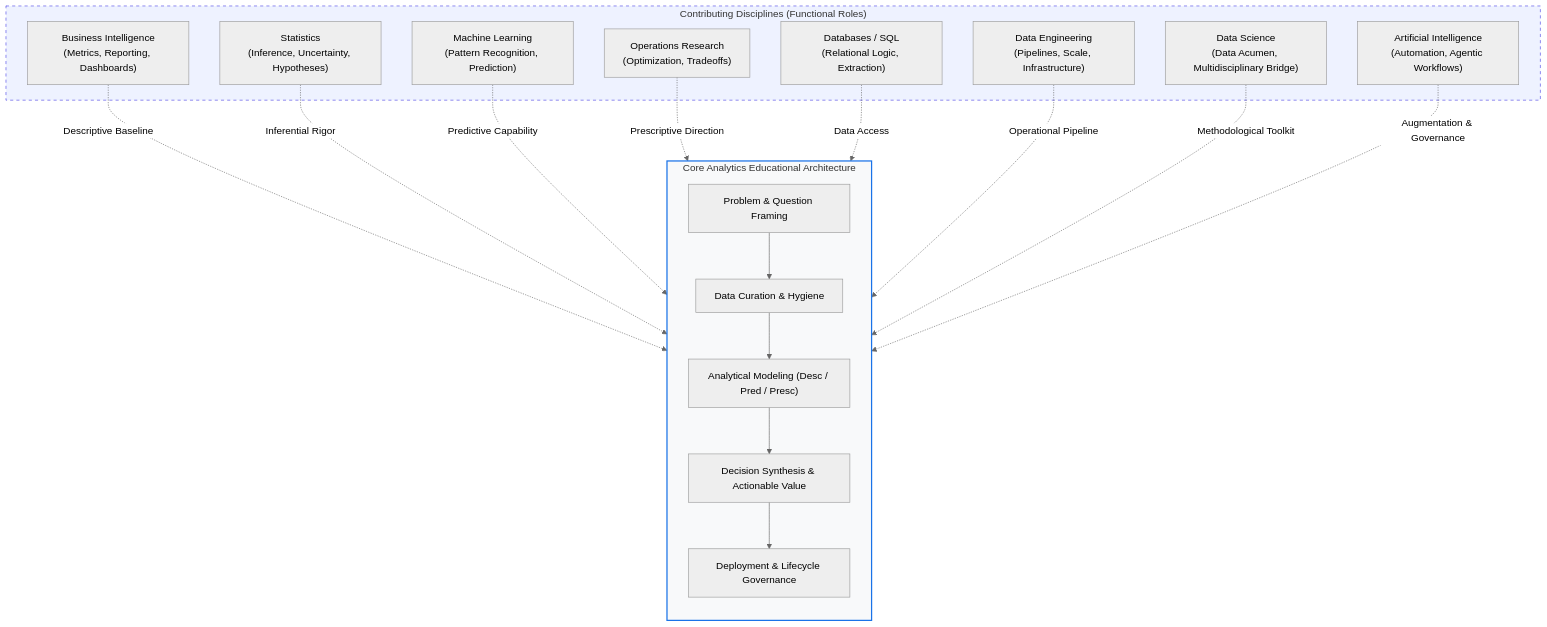
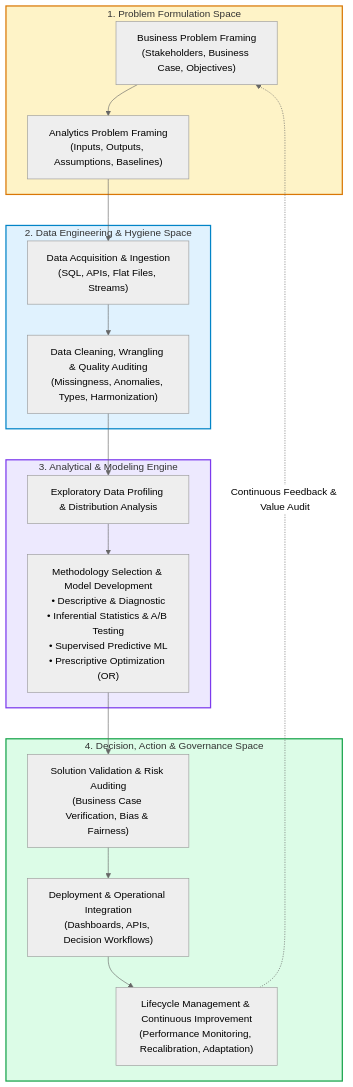
One commit to jdvelasq/classroom-vibecoding changed the first of 7 diagrams in design/synthesis/s03-synthesis-gemini.md. Above: the diagram before and after it, drawn with Mermaid (neutral theme). The commit also changed other lines of this file and 3 other files, not shown here.

````diff
--- a/design/synthesis/s03-synthesis-gemini.md
+++ b/design/synthesis/s03-synthesis-gemini.md
@@ -121,24 +102,29 @@
 ```mermaid
 flowchart TD
-    subgraph AnalyticsCore ["Core Analytics Educational Architecture"]
-        direction TB
-        F1["Problem & Question Framing"] --> F2["Data Curation & Hygiene"]
-        F2 --> F3["Analytical Modeling (Desc / Pred / Presc)"]
-        F3 --> F4["Decision Synthesis & Actionable Value"]
-        F4 --> F5["Deployment & Lifecycle Governance"]
+    subgraph ProblemSpace ["1. Problem Formulation Space"]
+        A["Business Problem Framing<br/>(Stakeholders, Business Case, Objectives)"] --> B["Analytics Problem Framing<br/>(Inputs, Outputs, Assumptions, Baselines)"]
     end
 
-    subgraph ContributingDisciplines ["Contributing Disciplines (Functional Roles)"]
-        BI["Business Intelligence<br/>(Metrics, Reporting, Dashboards)"] -.->|Descriptive Baseline| F3
-        STAT["Statistics<br/>(Inference, Uncertainty, Hypotheses)"] -.->|Inferential Rigor| F3
-        ML["Machine Learning<br/>(Pattern Recognition, Prediction)"] -.->|Predictive Capability| F3
-        OR["Operations Research<br/>(Optimization, Tradeoffs)"] -.->|Prescriptive Direction| F3
-        DB["Databases / SQL<br/>(Relational Logic, Extraction)"] -.->|Data Access| F2
-        DE["Data Engineering<br/>(Pipelines, Scale, Infrastructure)"] -.->|Operational Pipeline| F2
-        DS["Data Science<br/>(Data Acumen, Multidisciplinary Bridge)"] -.->|Methodological Toolkit| F3
-        AI["Artificial Intelligence<br/>(Automation, Agentic Workflows)"] -.->|Augmentation & Governance| F5
+    subgraph DataSpace ["2. Data Engineering & Hygiene Space"]
+        B --> C["Data Acquisition & Ingestion<br/>(SQL, APIs, Flat Files, Streams)"]
+        C --> D["Data Cleaning, Wrangling & Quality Auditing<br/>(Missingness, Anomalies, Types, Harmonization)"]
     end
 
-    style AnalyticsCore fill:#f8f9fa,stroke:#1a73e8,stroke-width:2px
-    style ContributingDisciplines fill:#eef2ff,stroke:#4f46e5,stroke-dasharray: 5 5
+    subgraph ModelingSpace ["3. Analytical & Modeling Engine"]
+        D --> E["Exploratory Data Profiling & Distribution Analysis"]
+        E --> F["Methodology Selection & Model Development<br/>• Descriptive & Diagnostic<br/>• Inferential Statistics & A/B Testing<br/>• Supervised Predictive ML<br/>• Prescriptive Optimization (OR)"]
+    end
+
+    subgraph ActionSpace ["4. Decision, Action & Governance Space"]
+        F --> G["Solution Validation & Risk Auditing<br/>(Business Case Verification, Bias & Fairness)"]
+        G --> H["Deployment & Operational Integration<br/>(Dashboards, APIs, Decision Workflows)"]
+        H --> I["Lifecycle Management & Continuous Improvement<br/>(Performance Monitoring, Recalibration, Adaptation)"]
+    end
+
+    I -.->|Continuous Feedback & Value Audit| A
+
+    style ProblemSpace fill:#fef3c7,stroke:#d97706,stroke-width:2px
+    style DataSpace fill:#e0f2fe,stroke:#0284c7,stroke-width:2px
+    style ModelingSpace fill:#ede9fe,stroke:#7c3aed,stroke-width:2px
+    style ActionSpace fill:#dcfce7,stroke:#16a34a,stroke-width:2px
 ```
````
